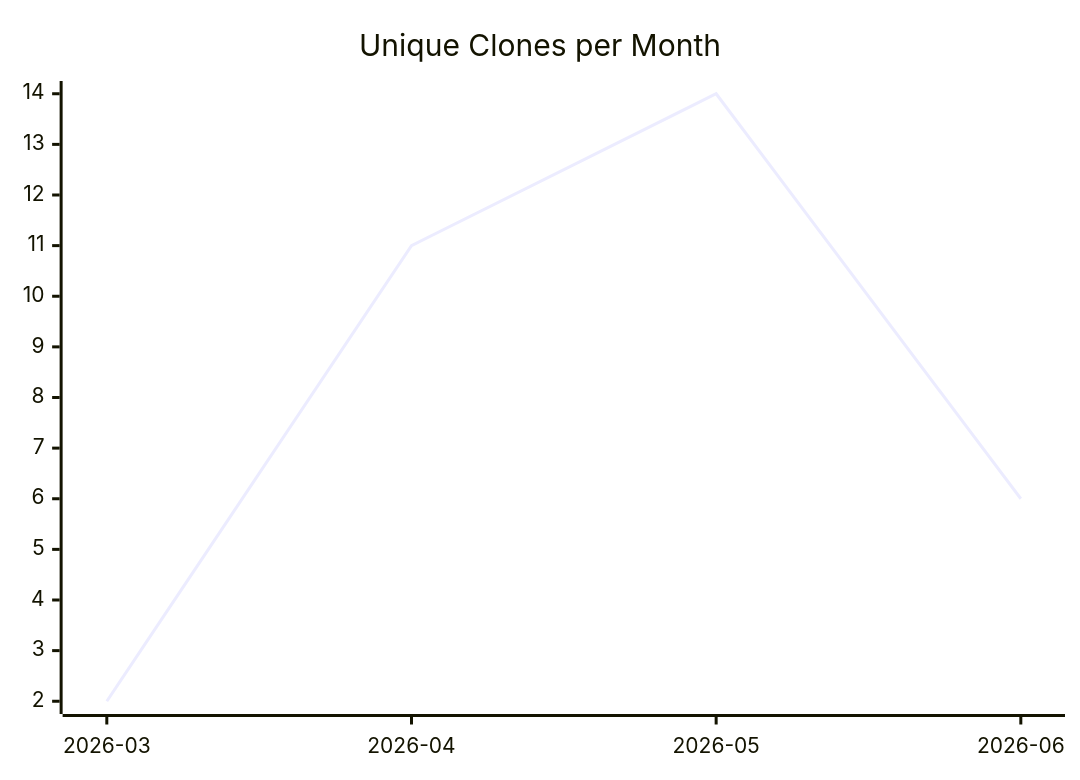
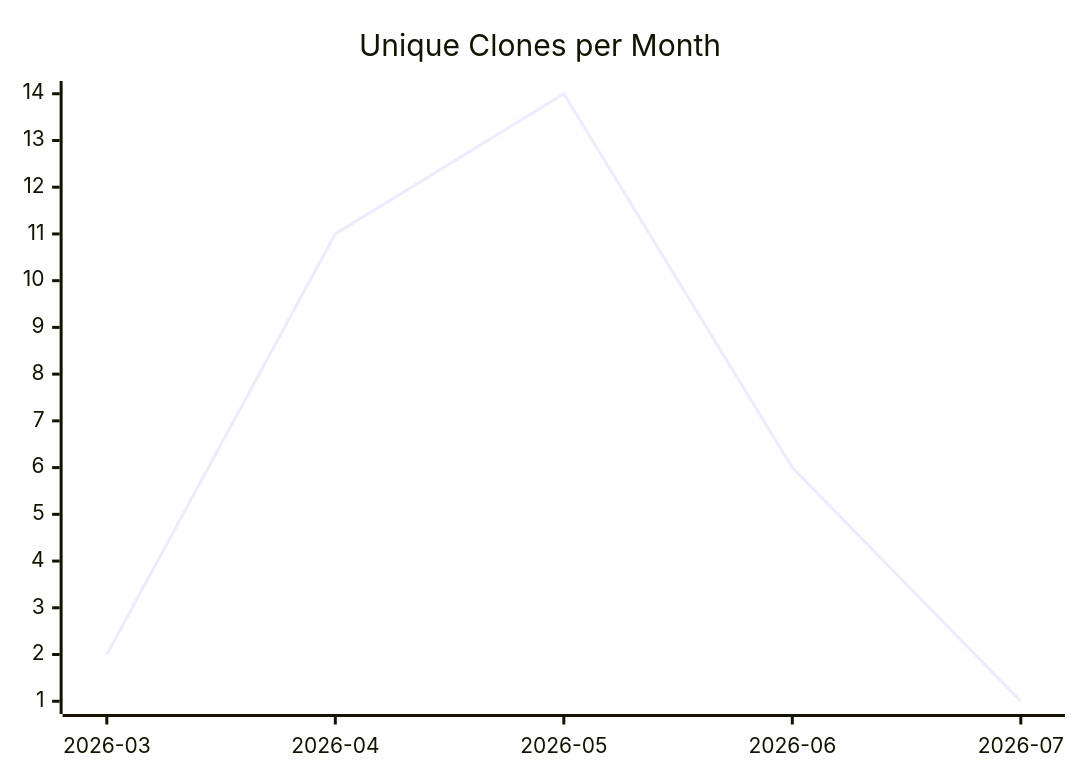
Before and after one commit to justdavis-family/github-analytics-data: the third of 3 diagrams in karlmdavis/m2e-core/README.md, drawn with Mermaid. The commit also changed other lines of this file and 199 other files, not shown here.

````diff
--- a/karlmdavis/m2e-core/README.md
+++ b/karlmdavis/m2e-core/README.md
@@ -19,6 +19,6 @@
 ```mermaid
 xychart-beta
   title "Unique Clones per Month"
-  x-axis ["2026-03", "2026-04", "2026-05", "2026-06"]
-  line [2, 11, 14, 6]
+  x-axis ["2026-03", "2026-04", "2026-05", "2026-06", "2026-07"]
+  line [2, 11, 14, 6, 1]
 ```
````
